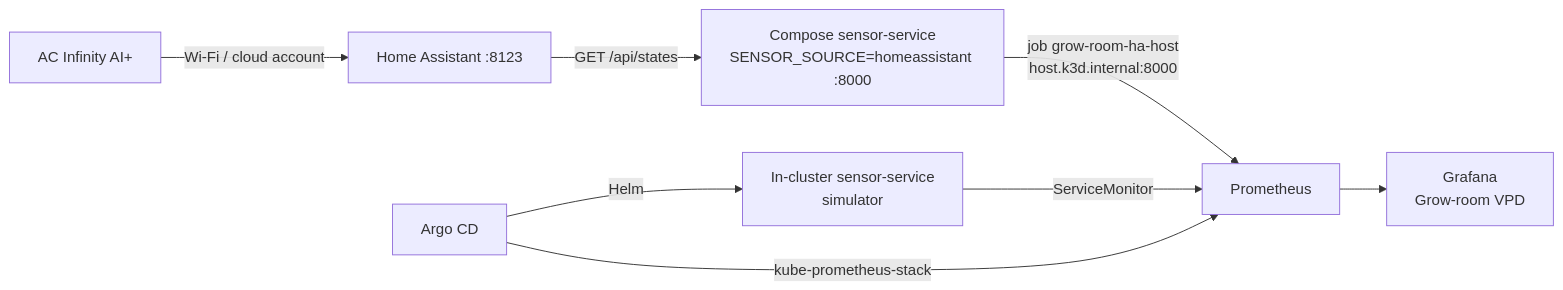
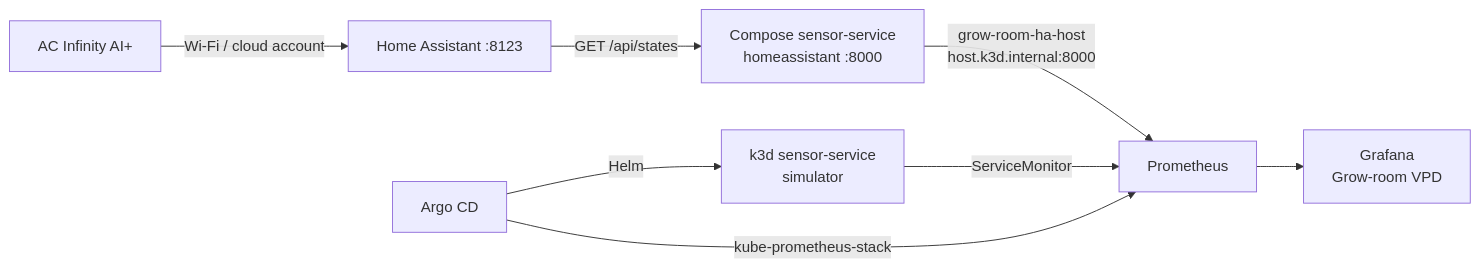
Before and after one commit to TontoBlanco/grow-room-platform: the diagram in README.md, drawn with Mermaid. The commit also changed other lines of this file and 1 other file, not shown here.

````diff
--- a/README.md
+++ b/README.md
@@ -33,10 +61,10 @@
 ```mermaid
 flowchart LR
   ACI["AC Infinity AI+"] -->|Wi-Fi / cloud account| HA["Home Assistant :8123"]
-  HA -->|"GET /api/states"| CS["Compose sensor-service<br/>SENSOR_SOURCE=homeassistant :8000"]
-  CS -->|"job grow-room-ha-host<br/>host.k3d.internal:8000"| PROM[Prometheus]
-  SIM["In-cluster sensor-service<br/>simulator"] -->|ServiceMonitor| PROM
+  HA -->|"GET /api/states"| CS["Compose sensor-service<br/>homeassistant :8000"]
+  CS -->|"grow-room-ha-host<br/>host.k3d.internal:8000"| PROM[Prometheus]
+  SIM["k3d sensor-service<br/>simulator"] -->|ServiceMonitor| PROM
   PROM --> GRAF["Grafana<br/>Grow-room VPD"]
-  ARGO["Argo CD"] -->|Helm| SIM
+  ARGO[Argo CD] -->|Helm| SIM
   ARGO -->|kube-prometheus-stack| PROM
 ```
````
